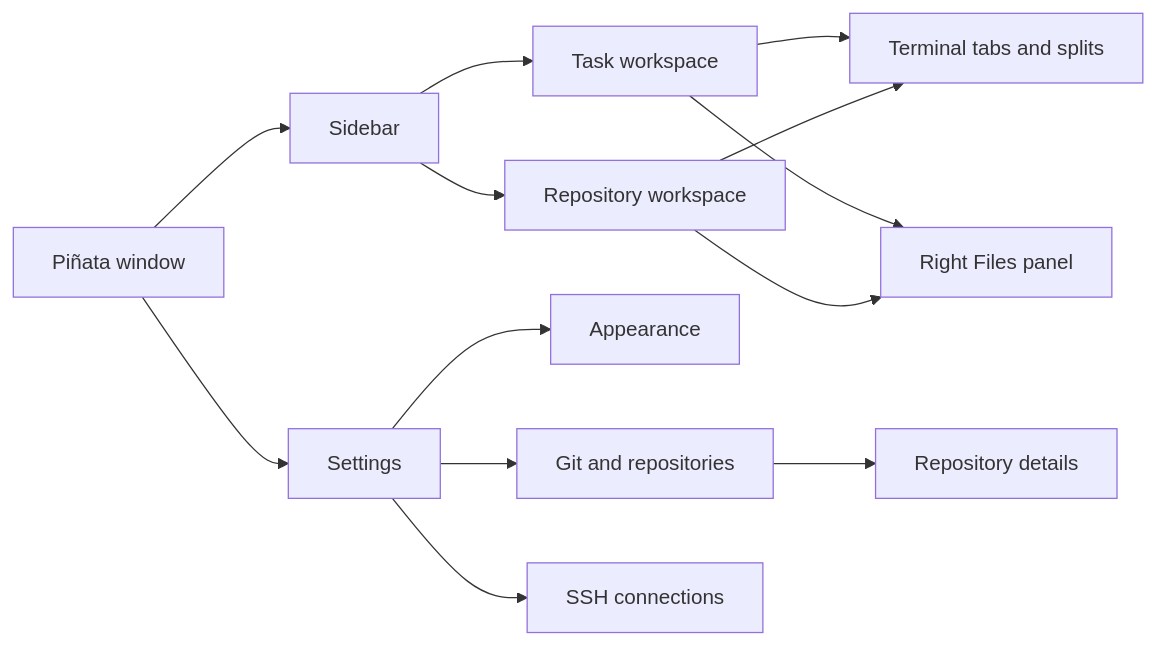
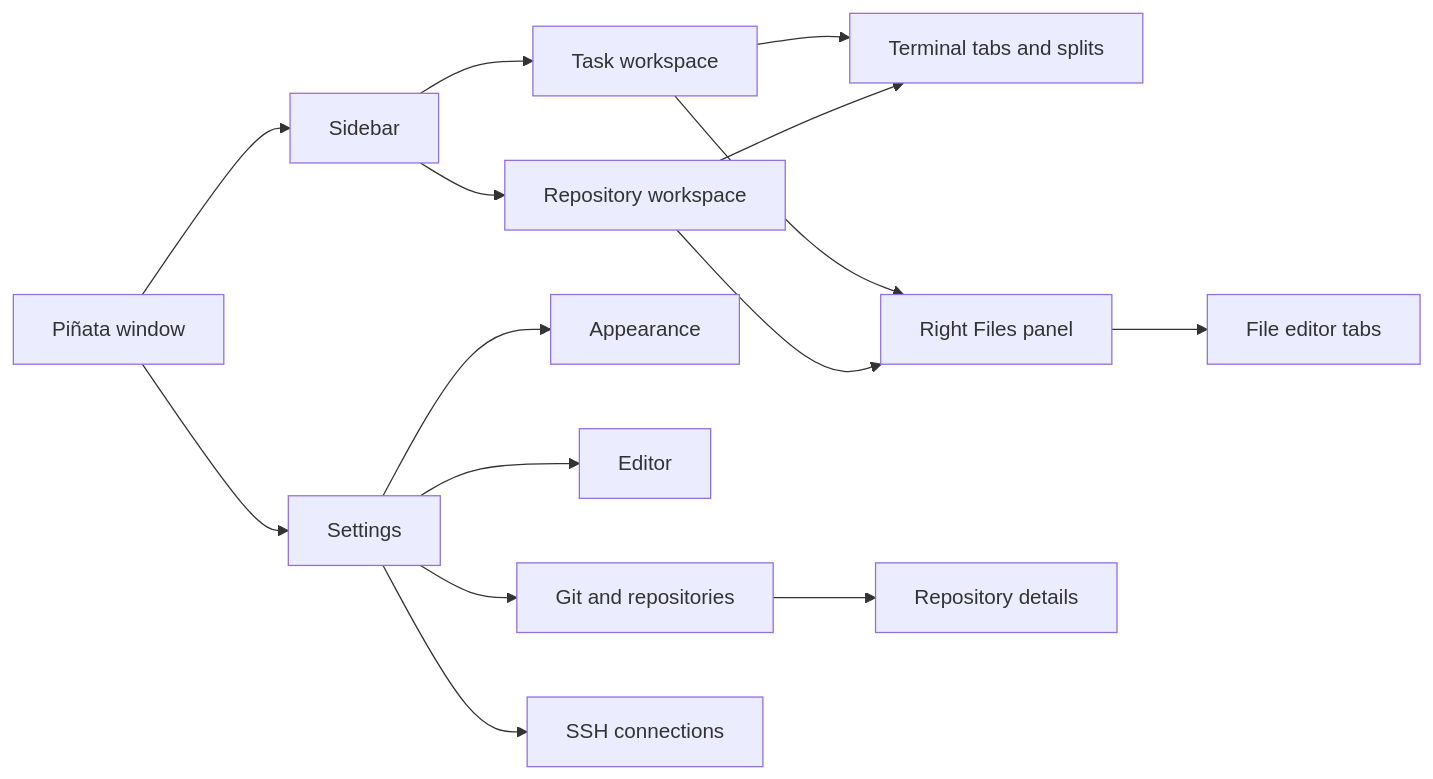
Before and after one commit to gh0stonio/pinata: the first of 4 diagrams in docs/application-map.md, drawn with Mermaid. The commit also changed other lines of this file and 18 other files, not shown here.

````diff
--- a/docs/application-map.md
+++ b/docs/application-map.md
@@ -7,15 +7,17 @@
 ```mermaid
 flowchart LR
     App[Piñata window] --> Sidebar[Sidebar]
     Sidebar --> Task[Task workspace]
     Sidebar --> Attachment[Repository workspace]
     Task --> Terminal[Terminal tabs and splits]
     Attachment --> Terminal
     Task --> Files[Right Files panel]
     Attachment --> Files
+    Files --> Editor[File editor tabs]
     App --> Settings[Settings]
     Settings --> Appearance[Appearance]
+    Settings --> EditorSettings[Editor]
     Settings --> Git[Git and repositories]
     Settings --> Connections[SSH connections]
     Git --> Repository[Repository details]
 ```
````
